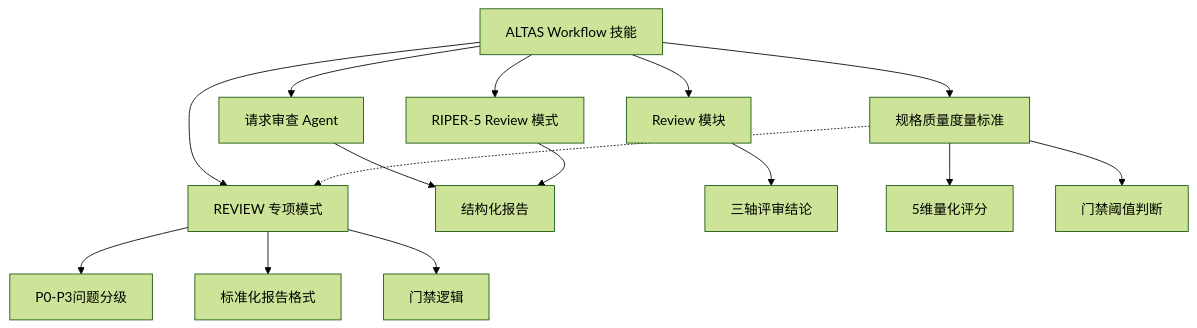
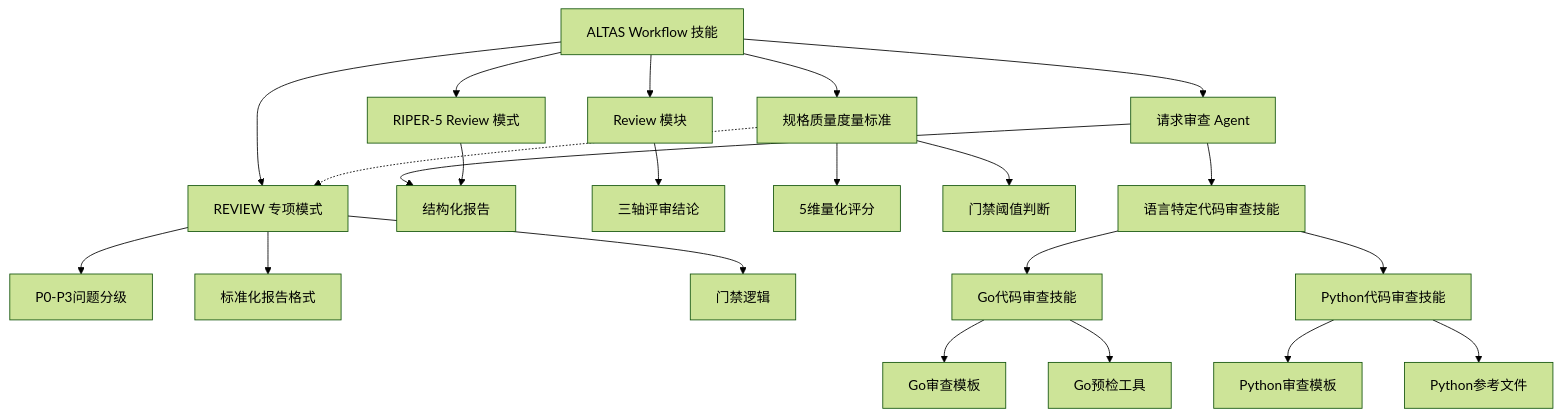
Before and after one commit to AngelWings1997/altas: the tenth of 10 diagrams in .qoder/repowiki/zh/content/超级能力模块/代码审查流程/代码审查流程.md, drawn with Mermaid (forest theme). The commit also changed other lines of this file and 10 other files, not shown here.

````diff
--- a/.qoder/repowiki/zh/content/超级能力模块/代码审查流程/代码审查流程.md
+++ b/.qoder/repowiki/zh/content/超级能力模块/代码审查流程/代码审查流程.md
@@ -442,17 +667,24 @@
 ```mermaid
 graph TB
 WF["ALTAS Workflow 技能"] --> RM["Review 模块"]
 WF --> RA["请求审查 Agent"]
 WF --> REV["REVIEW 专项模式"]
 WF --> SQM["规格质量度量标准"]
 RA --> OUT["结构化报告"]
 RM --> CONC["三轴评审结论"]
 REV --> PLEVEL["P0-P3问题分级"]
 REV --> REPORT["标准化报告格式"]
 REV --> GATES["门禁逻辑"]
 SQM --> SCORE["5维量化评分"]
 SQM --> THRESHOLD["门禁阈值判断"]
 WF --> PROT["RIPER-5 Review 模式"]
 PROT --> OUT
 SQM -.-> REV
+RA --> LANGSKILLS["语言特定代码审查技能"]
+LANGSKILLS --> GOSKILL["Go代码审查技能"]
+LANGSKILLS --> PYTHONSkill["Python代码审查技能"]
+GOSKILL --> GOTEMPLATE["Go审查模板"]
+GOSKILL --> GOPRECHECK["Go预检工具"]
+PYTHONSkill --> PYTHONTEMPLATE["Python审查模板"]
+PYTHONSkill --> PYTHONREFS["Python参考文件"]
 ```
````
